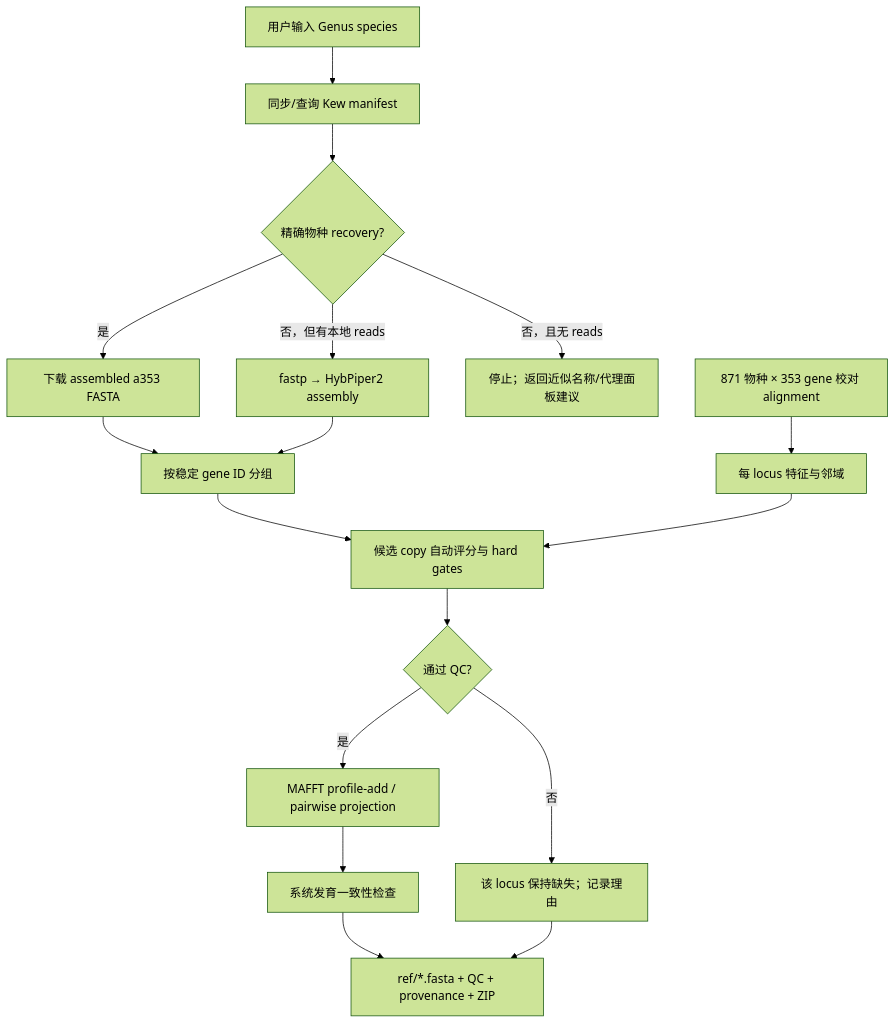
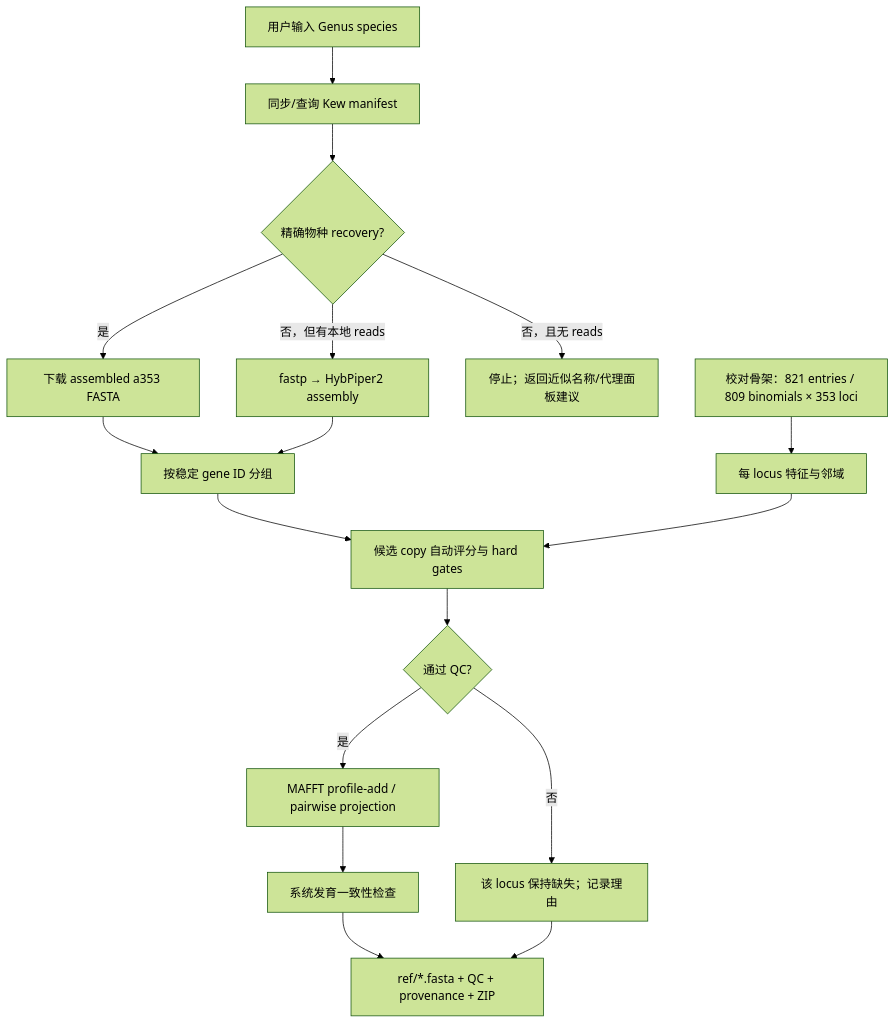
Before and after one commit to nhu92/MrKnowItAll: the diagram in docs/technical-design.zh-CN.md, drawn with Mermaid (forest theme). The commit also changed other lines of this file and 17 other files, not shown here.

````diff
--- a/docs/technical-design.zh-CN.md
+++ b/docs/technical-design.zh-CN.md
@@ -53,19 +53,19 @@
 ```mermaid
 flowchart TD
   A["用户输入 Genus species"] --> B["同步/查询 Kew manifest"]
   B --> C{"精确物种 recovery?"}
   C -- "是" --> D["下载 assembled a353 FASTA"]
   C -- "否，但有本地 reads" --> E["fastp → HybPiper2 assembly"]
   C -- "否，且无 reads" --> X["停止；返回近似名称/代理面板建议"]
   D --> F["按稳定 gene ID 分组"]
   E --> F
-  G["871 物种 × 353 gene 校对 alignment"] --> H["每 locus 特征与邻域"]
+  G["校对骨架：821 entries / 809 binomials × 353 loci"] --> H["每 locus 特征与邻域"]
   F --> I["候选 copy 自动评分与 hard gates"]
   H --> I
   I --> J{"通过 QC?"}
   J -- "否" --> K["该 locus 保持缺失；记录理由"]
   J -- "是" --> L["MAFFT profile-add / pairwise projection"]
   L --> M["系统发育一致性检查"]
   M --> N["ref/*.fasta + QC + provenance + ZIP"]
   K --> N
 ```
````
